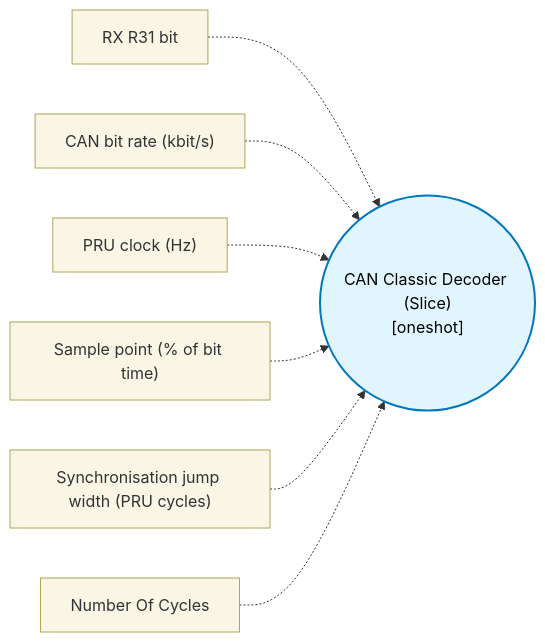
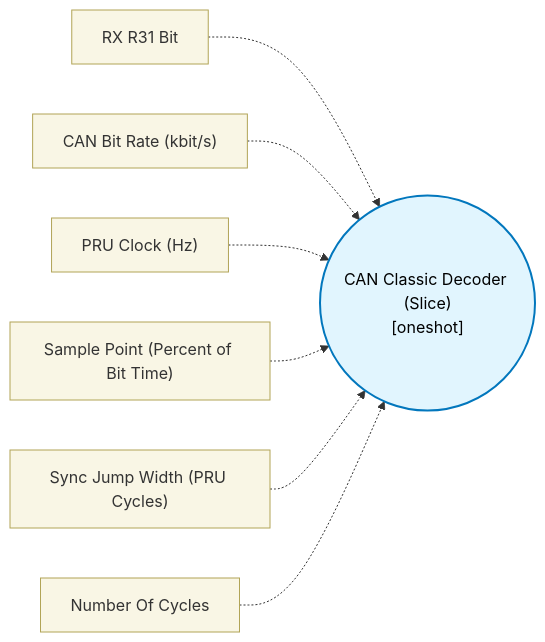
One commit to TexasInstruments/pru-no-code-tool changed the diagram in docs/block-reference/blocks/can_classic_decoder_block/design.md. Above: the diagram before and after it, drawn with Mermaid. The commit also changed other lines of this file and 89 other files, not shown here.

````diff
--- a/docs/block-reference/blocks/can_classic_decoder_block/design.md
+++ b/docs/block-reference/blocks/can_classic_decoder_block/design.md
@@ -11,12 +11,12 @@
 ```mermaid
 flowchart LR
   classDef config fill:#f9f6e5,stroke:#b1a457,stroke-width:1px,color:#333;
   classDef core fill:#e1f5fe,stroke:#0277bd,stroke-width:2px,color:#000;
   CORE(("CAN Classic Decoder (Slice)\n[oneshot]")):::core
-  CFG0["RX R31 bit"]:::config -.-> CORE
-  CFG1["CAN bit rate (kbit/s)"]:::config -.-> CORE
-  CFG2["PRU clock (Hz)"]:::config -.-> CORE
-  CFG3["Sample point (% of bit time)"]:::config -.-> CORE
-  CFG4["Synchronisation jump width (PRU cycles)"]:::config -.-> CORE
+  CFG0["RX R31 Bit"]:::config -.-> CORE
+  CFG1["CAN Bit Rate (kbit/s)"]:::config -.-> CORE
+  CFG2["PRU Clock (Hz)"]:::config -.-> CORE
+  CFG3["Sample Point (Percent of Bit Time)"]:::config -.-> CORE
+  CFG4["Sync Jump Width (PRU Cycles)"]:::config -.-> CORE
   CFG5["Number Of Cycles"]:::config -.-> CORE
 ```
````
